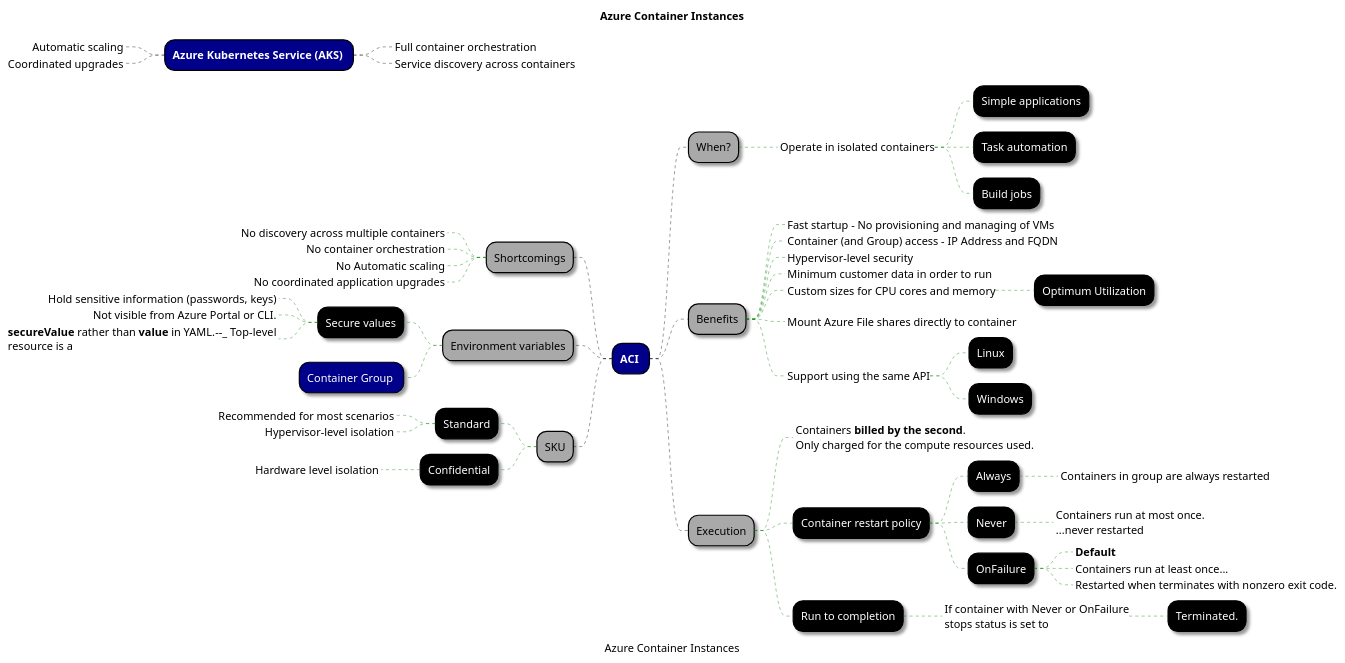
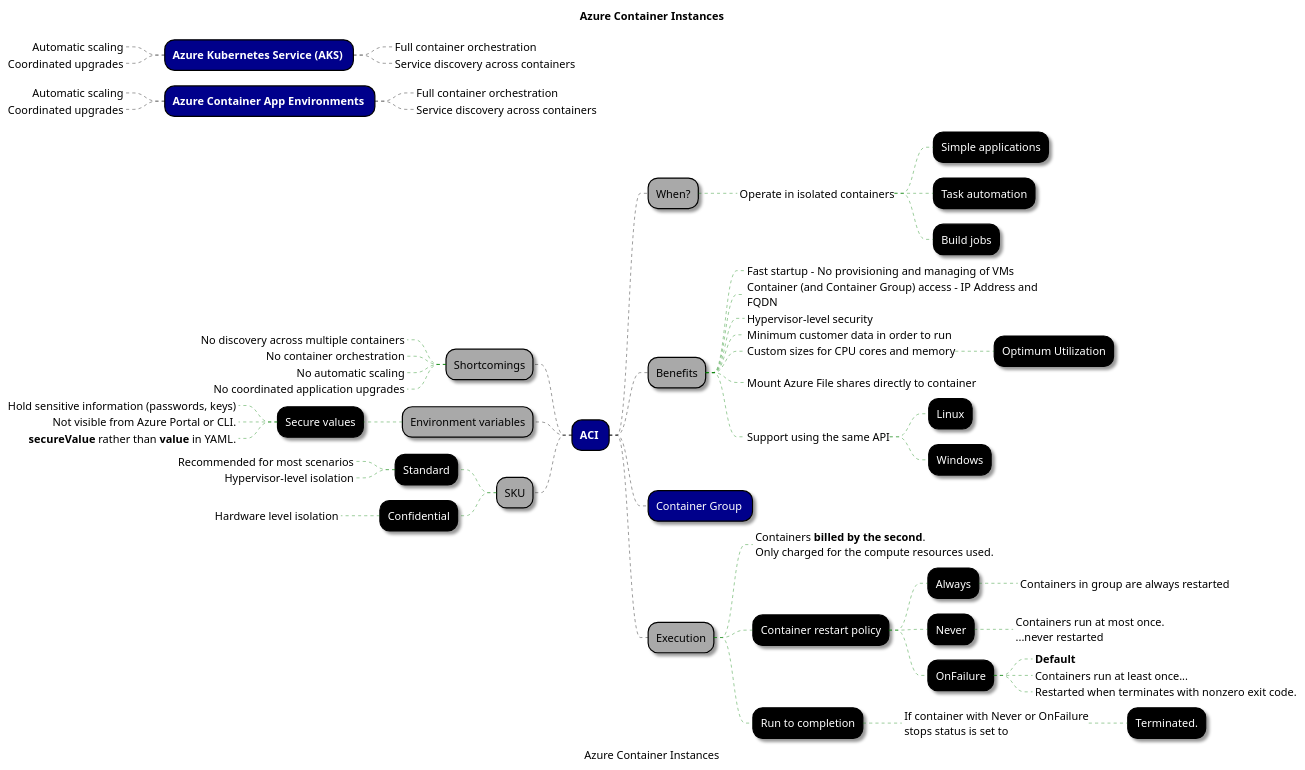
The diagram in Notes/Diagrams/ContainerInstances/azure-container-instances.plantuml (rob-bl8ke/Az204-Containerization), drawn with PlantUML before and after one commit. The commit also changed 1 other file, not shown here.

Commit message:
Some diagram tweaks

```diff
--- a/Notes/Diagrams/ContainerInstances/azure-container-instances.plantuml
+++ b/Notes/Diagrams/ContainerInstances/azure-container-instances.plantuml
@@ -1,111 +1,117 @@
 @startmindmap "Azure Container Instances"
 
 title Azure Container Instances
 caption Azure Container Instances
 
 <style>
 
     mindMapDiagram {
         .root {
             BackgroundColor darkblue
             LineColor black
             FontColor white
         }
 
         node {
             FontColor white
             LineColor black
             BackgroundColor black
             Shadowing 2.0
             RoundCorner 25
         }
         :depth(0) {
             FontColor black
             LineColor white
             BackgroundColor white
             Shadowing 0.0
         }
         :depth(1) {
             FontColor black
             BackgroundColor darkgrey
             Shadowing 2.0
         }
 
         arrow {
             LineStyle 4
             LineThickness 0.5
             LineColor green
         }
 
         boxless {
             FontColor black
             Margin 10
             Padding 10
             MaximumWidth 400
         }
     }
 </style>
 
 + **Azure Kubernetes Service (AKS)** <<root>>
 ++_ Full container orchestration
 ++_ Service discovery across containers
 --_ Automatic scaling
 --_ Coordinated upgrades
 
++ **Azure Container App Environments** <<root>>
+++_ Full container orchestration
+++_ Service discovery across containers
+--_ Automatic scaling
+--_ Coordinated upgrades
+
 + **ACI** <<root>>
 
 ++ When?
 +++_ Operate in isolated containers
 ++++ Simple applications
 ++++ Task automation
 ++++ Build jobs
 
 ++ Benefits
 +++_ Fast startup - No provisioning and managing of VMs
-+++_ Container (and Group) access - IP Address and FQDN
++++_ Container (and Container Group) access - IP Address and FQDN
 +++_ Hypervisor-level security
 +++_ Minimum customer data in order to run
 +++_ Custom sizes for CPU cores and memory
 ++++ Optimum Utilization
 +++_ Mount Azure File shares directly to container
 +++_ Support using the same API
 ++++ Linux
 ++++ Windows
+++ Container Group <<root>>
 
 
 -- Shortcomings
 ---_ No discovery across multiple containers
 ---_ No container orchestration
----_ No Automatic scaling
+---_ No automatic scaling
 ---_ No coordinated application upgrades
 
 -- Environment variables
 --- Secure values
 ----_ Hold sensitive information (passwords, keys)
 ----_ Not visible from Azure Portal or CLI.
-----_ **secureValue** rather than **value** in YAML.--_ Top-level resource is a
---- Container Group <<root>>
+----_ **secureValue** rather than **value** in YAML.
 
 -- SKU
 --- Standard
 ----_ Recommended for most scenarios
 ----_ Hypervisor-level isolation
 --- Confidential
 ----_ Hardware level isolation
 
 ++ Execution
 +++_ Containers **billed by the second**.\nOnly charged for the compute resources used.
 +++ Container restart policy
 ++++ Always
 +++++_ Containers in group are always restarted
 ++++ Never
 +++++_ Containers run at most once.\n...never restarted
 ++++ OnFailure
 +++++_ **Default**
 +++++_ Containers run at least once...
 +++++_ Restarted when terminates with nonzero exit code.
 +++ Run to completion
 ++++_ If container with Never or OnFailure\nstops status is set to
 +++++ Terminated.
 
 @endmindmap
```
